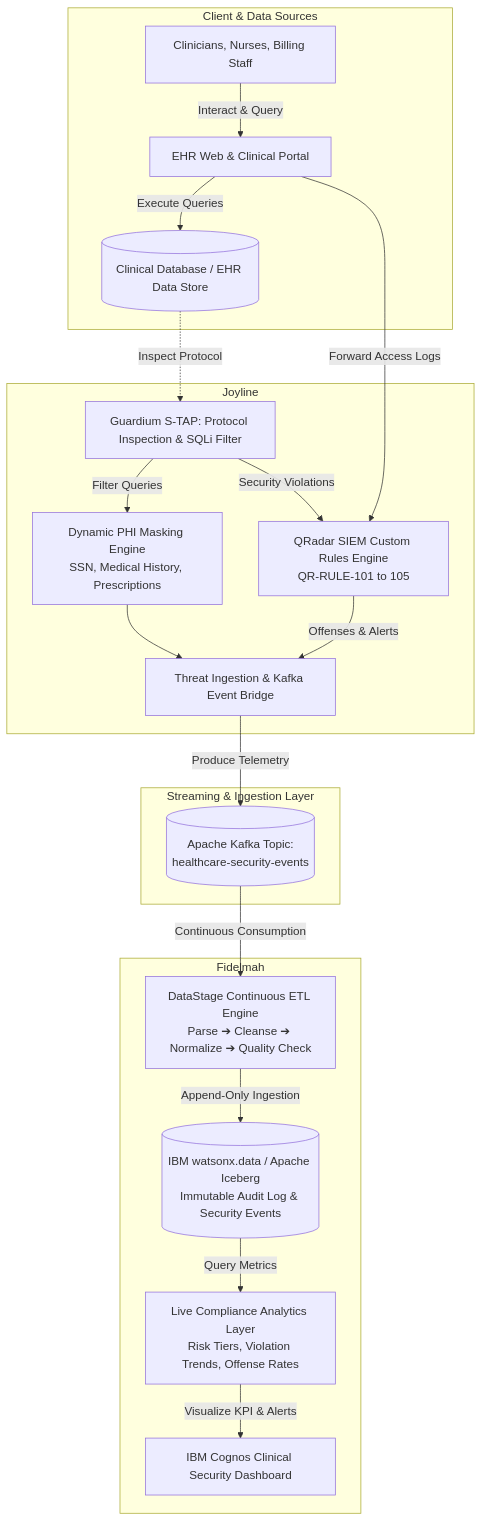
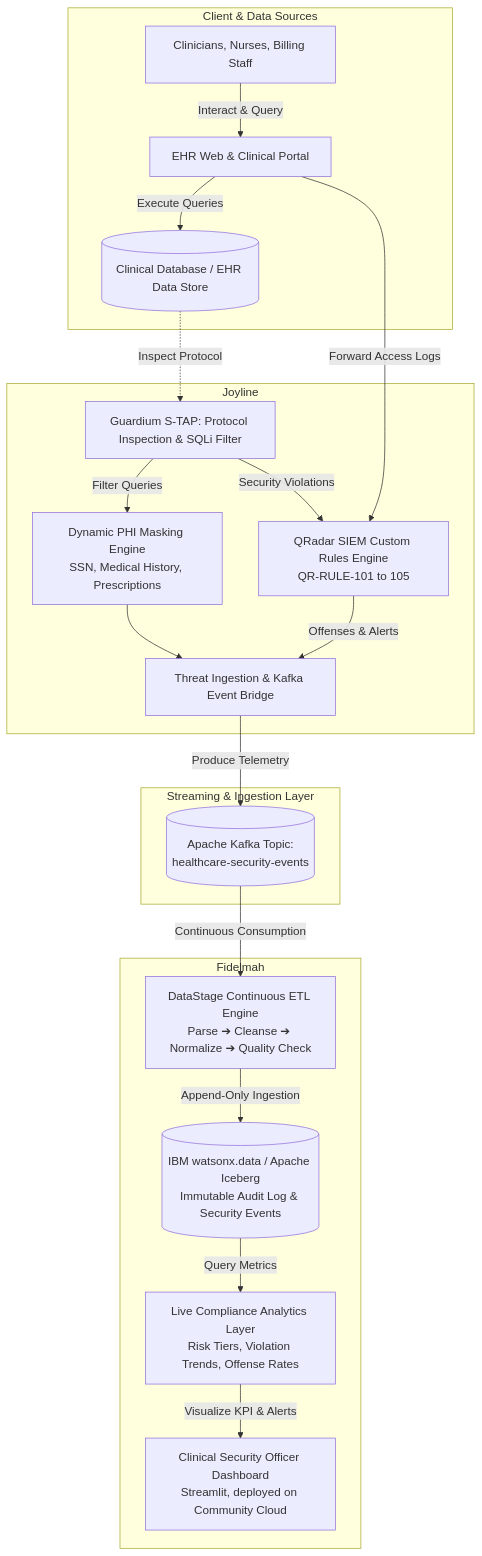
One commit to elmbondo/healthcare-data-security-compliance-hub changed the diagram in README.md. Above: the diagram before and after it, drawn with Mermaid. The commit also changed other lines of this file, not shown here.

Commit message:
Docs: refresh README with live dashboard link and updated repo structure

````diff
--- a/README.md
+++ b/README.md
@@ -40,41 +43,41 @@
 ```mermaid
 flowchart TD
     subgraph Client & Data Sources
         EHR[EHR Web & Clinical Portal]
         DB[(Clinical Database / EHR Data Store)]
         Staff[Clinicians, Nurses, Billing Staff]
         Staff -->|Interact & Query| EHR
         EHR -->|Execute Queries| DB
     end
 
     subgraph Track 1: Cybersecurity & RBAC Enforcement [Joyline]
         STAP[Guardium S-TAP: Protocol Inspection & SQLi Filter]
         DDM[Dynamic PHI Masking Engine\nSSN, Medical History, Prescriptions]
         CRE[QRadar SIEM Custom Rules Engine\nQR-RULE-101 to 105]
         Bridge[Threat Ingestion & Kafka Event Bridge]
 
         DB -.->|Inspect Protocol| STAP
         STAP -->|Filter Queries| DDM
         EHR -->|Forward Access Logs| CRE
         STAP -->|Security Violations| CRE
         DDM --> Bridge
         CRE -->|Offenses & Alerts| Bridge
     end
 
     subgraph Streaming & Ingestion Layer
         Kafka[(Apache Kafka Topic:\nhealthcare-security-events)]
         Bridge -->|Produce Telemetry| Kafka
     end
 
     subgraph Track 2: Immutable Audit Log & Analytics [Fidelmah]
         DataStage[DataStage Continuous ETL Engine\nParse ➔ Cleanse ➔ Normalize ➔ Quality Check]
         WatsonX[(IBM watsonx.data / Apache Iceberg\nImmutable Audit Log & Security Events)]
         Analytics[Live Compliance Analytics Layer\nRisk Tiers, Violation Trends, Offense Rates]
-        Cognos[IBM Cognos Clinical Security Dashboard]
+        Dashboard[Clinical Security Officer Dashboard\nStreamlit, deployed on Community Cloud]
 
         Kafka -->|Continuous Consumption| DataStage
         DataStage -->|Append-Only Ingestion| WatsonX
         WatsonX -->|Query Metrics| Analytics
-        Analytics -->|Visualize KPI & Alerts| Cognos
+        Analytics -->|Visualize KPI & Alerts| Dashboard
     end
 ```
````
